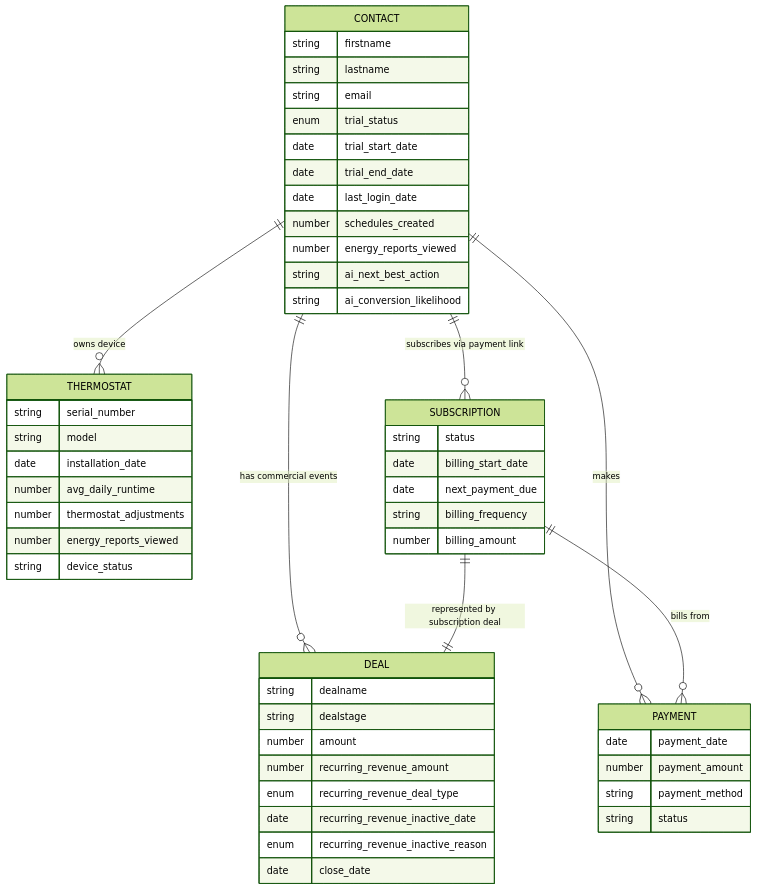
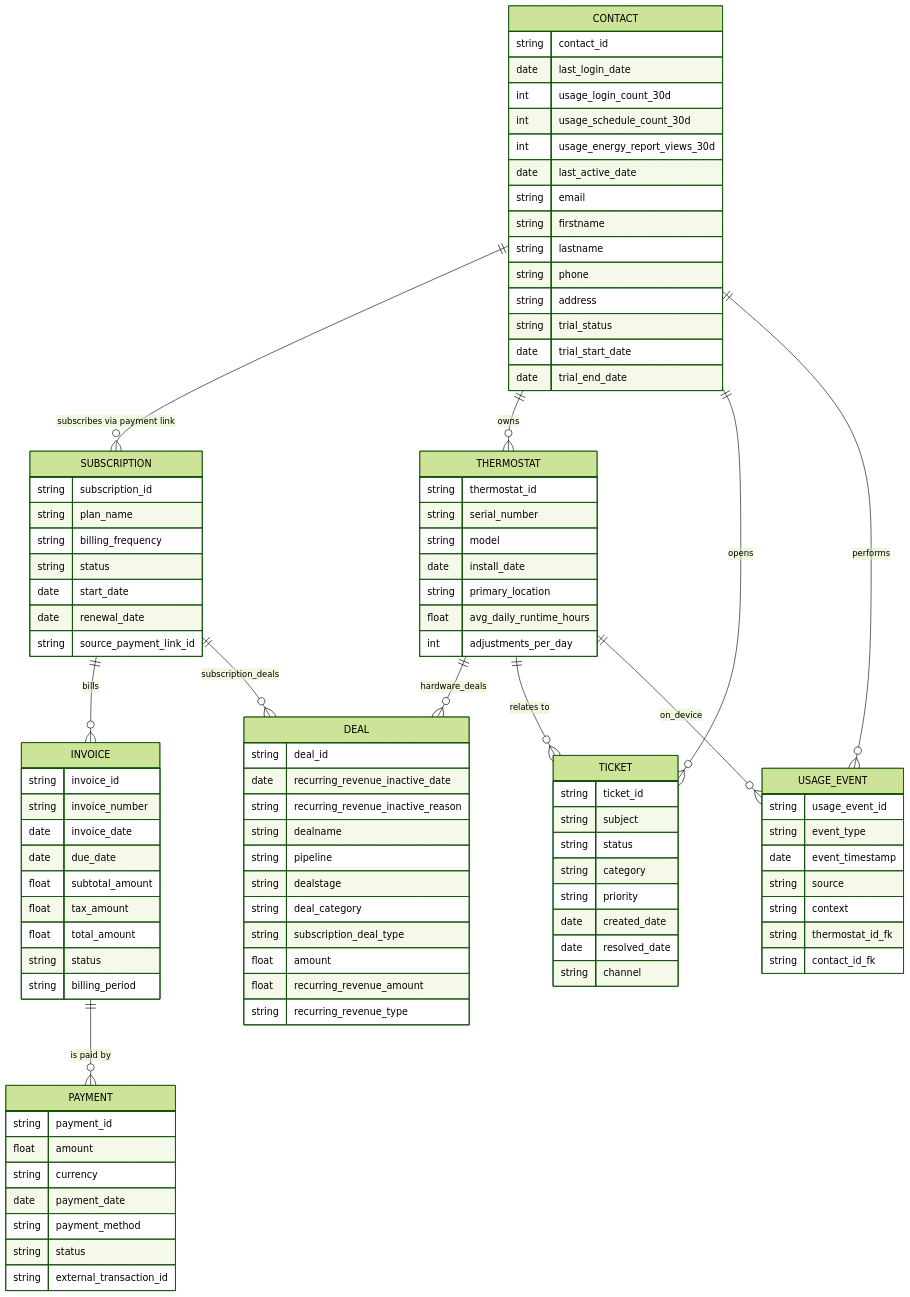
Before and after one commit to rmander-89/breezy-hubspot-sa-poc: the diagram in README.md, drawn with Mermaid (forest theme). The commit also changed other lines of this file, not shown here.

Commit message:
Enhance README with AI feature insights and ERD
Updated the README with additional details on AI usage and data architecture.

````diff
--- a/README.md
+++ b/README.md
@@ -141,61 +143,110 @@
 ```mermaid
 erDiagram
+    CONTACT ||--o{ SUBSCRIPTION : "subscribes via payment link"
+    CONTACT ||--o{ THERMOSTAT  : "owns"
+    CONTACT ||--o{ TICKET      : "opens"
+    CONTACT ||--o{ USAGE_EVENT : "performs"
 
-    CONTACT ||--o{ THERMOSTAT : "owns device"
-    CONTACT ||--o{ DEAL : "has commercial events"
-    CONTACT ||--o{ SUBSCRIPTION : "subscribes via payment link"
-    CONTACT ||--o{ PAYMENT : "makes"
+    SUBSCRIPTION ||--o{ INVOICE : "bills"
+    INVOICE      ||--o{ PAYMENT : "is paid by"
 
-    SUBSCRIPTION ||--o{ PAYMENT : "bills from"
-    SUBSCRIPTION ||--|| DEAL : "represented by subscription deal"
+    SUBSCRIPTION ||--o{ DEAL    : "subscription_deals"
+    THERMOSTAT   ||--o{ DEAL    : "hardware_deals"
+    THERMOSTAT   ||--o{ TICKET  : "relates to"
+
+    THERMOSTAT   ||--o{ USAGE_EVENT : "on_device"
+
+    CONTACT {
+        string contact_id
+        date   last_login_date
+        int    usage_login_count_30d
+        int    usage_schedule_count_30d
+        int    usage_energy_report_views_30d
+        date   last_active_date
+        string email
+        string firstname
+        string lastname
+        string phone
+        string address
+        string trial_status
+        date   trial_start_date
+        date   trial_end_date
+    }
+
+    SUBSCRIPTION {
+        string subscription_id
+        string plan_name
+        string billing_frequency
+        string status
+        date   start_date
+        date   renewal_date
+        string source_payment_link_id
+    }
+
+    INVOICE {
+        string invoice_id
+        string invoice_number
+        date   invoice_date
+        date   due_date
+        float  subtotal_amount
+        float  tax_amount
+        float  total_amount
+        string status
+        string billing_period
+    }
+
+    PAYMENT {
+        string payment_id
+        float  amount
+        string currency
+        date   payment_date
+        string payment_method
+        string status
+        string external_transaction_id
+    }
 
     THERMOSTAT {
+        string thermostat_id
         string serial_number
         string model
-        date installation_date
-        number avg_daily_runtime
-        number thermostat_adjustments
-        number energy_reports_viewed
-        string device_status
-    }
-
-    CONTACT {
-        string firstname
-        string lastname
-        string email
-        enum trial_status
-        date trial_start_date
-        date trial_end_date
-        date last_login_date
-        number schedules_created
-        number energy_reports_viewed
-        string ai_next_best_action
-        string ai_conversion_likelihood
+        date   install_date
+        string primary_location
+        float  avg_daily_runtime_hours
+        int    adjustments_per_day
     }
 
     DEAL {
+        string deal_id
+        date   recurring_revenue_inactive_date
+        string recurring_revenue_inactive_reason
         string dealname
+        string pipeline
         string dealstage
-        number amount
-        number recurring_revenue_amount
-        enum recurring_revenue_deal_type
-        date recurring_revenue_inactive_date
-        enum recurring_revenue_inactive_reason
-        date close_date
+        string deal_category
+        string subscription_deal_type
+        float  amount
+        float  recurring_revenue_amount
+        string recurring_revenue_type
     }
 
-    SUBSCRIPTION {
+    TICKET {
+        string ticket_id
+        string subject
         string status
-        date billing_start_date
-        date next_payment_due
-        string billing_frequency
-        number billing_amount
+        string category
+        string priority
+        date   created_date
+        date   resolved_date
+        string channel
     }
 
-    PAYMENT {
-        date payment_date
-        number payment_amount
-        string payment_method
-        string status
+    USAGE_EVENT {
+        string usage_event_id
+        string event_type
+        date   event_timestamp
+        string source
+        string context
+        string thermostat_id_fk
+        string contact_id_fk
     }
 ```
````
